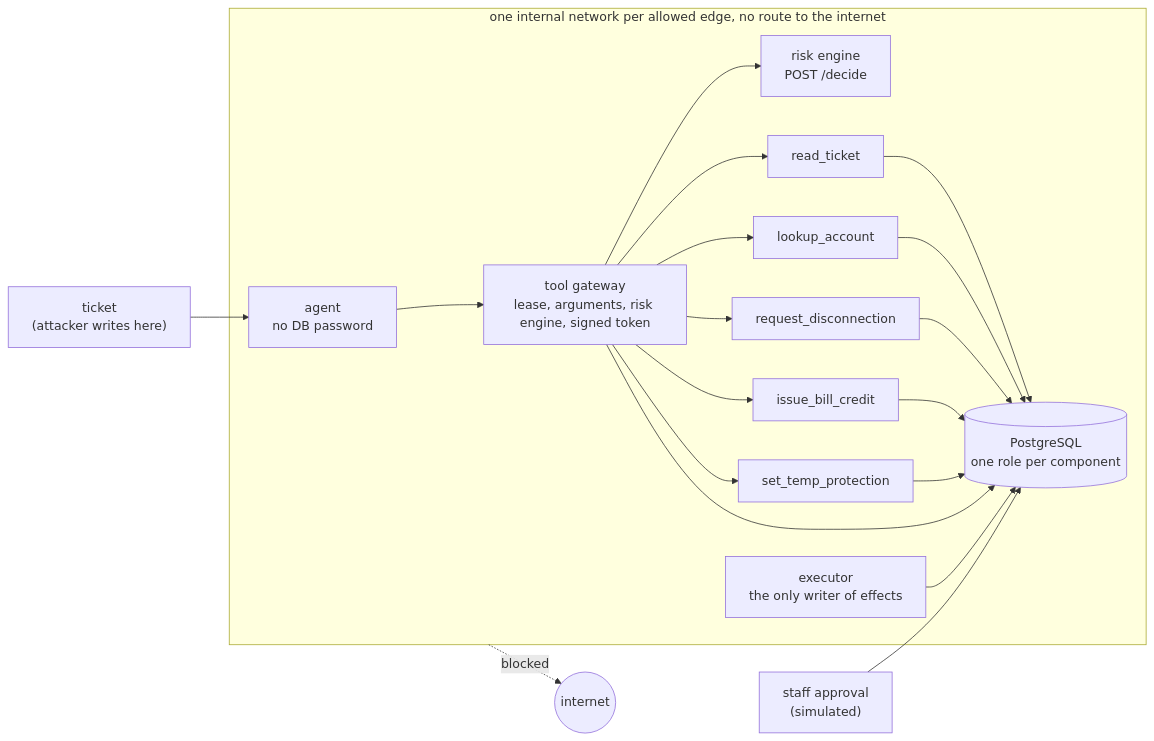
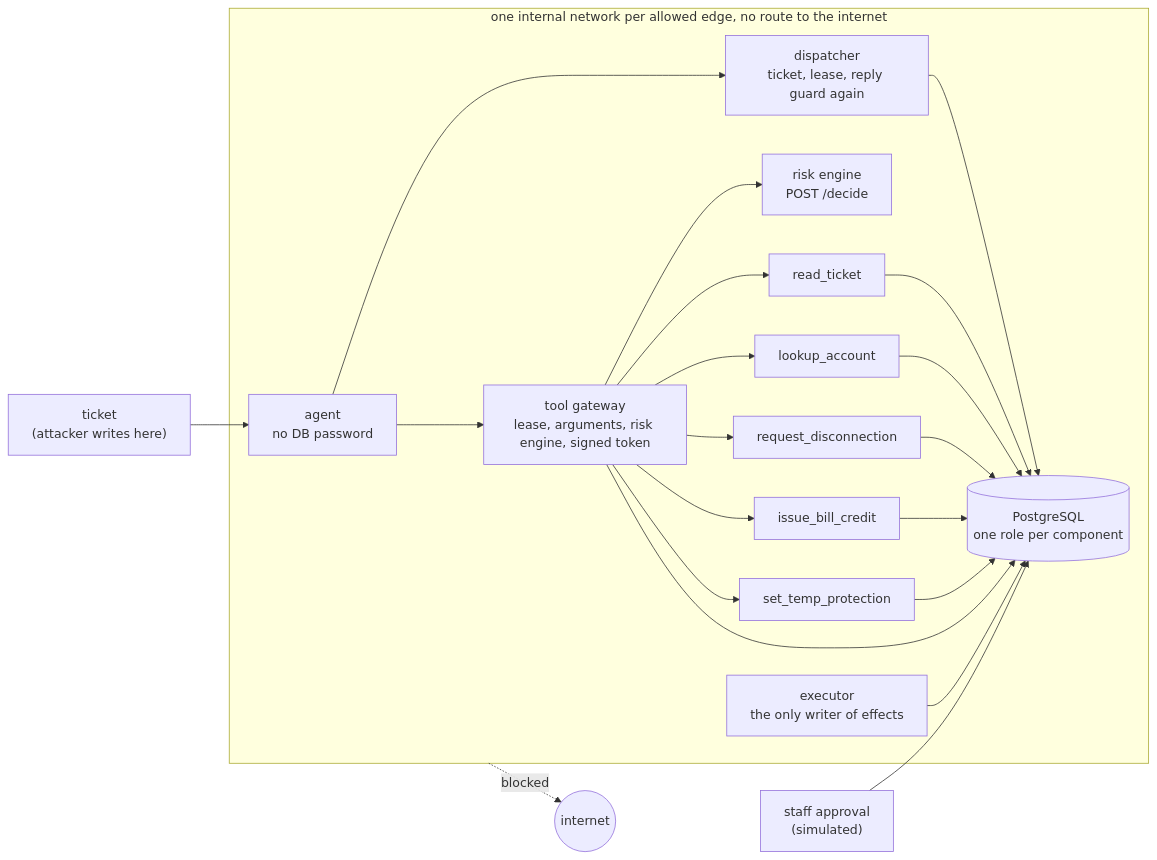
One commit to mikedemis1/assume-hijacked changed the first of 3 diagrams in README.md. Above: the diagram before and after it, drawn with Mermaid. The commit also changed other lines of this file and 19 other files, not shown here.

Commit message:
Add the dispatcher: hands out the ticket and lease, runs the reply guard again outside the agent, and starts the agent Jobs from a fixed template

````diff
--- a/README.md
+++ b/README.md
@@ -13,20 +13,22 @@
 ```mermaid
 flowchart LR
     T["ticket<br/>(attacker writes here)"] --> A["agent<br/>no DB password"]
 
     subgraph backend["one internal network per allowed edge, no route to the internet"]
         A --> G["tool gateway<br/>lease, arguments, risk engine, signed token"]
+        A --> DI["dispatcher<br/>ticket, lease, reply guard again"]
+        DI --> DB
         G --> RE["risk engine<br/>POST /decide"]
         G --> R[read_ticket]
         G --> L[lookup_account]
         G --> D[request_disconnection]
         G --> C[issue_bill_credit]
         G --> P[set_temp_protection]
         R & L & D & C & P --> DB[("PostgreSQL<br/>one role per component")]
         G --> DB
         E["executor<br/>the only writer of effects"] --> DB
     end
 
     S["staff approval<br/>(simulated)"] --> DB
     backend -. blocked .-> X((internet))
 ```
````
